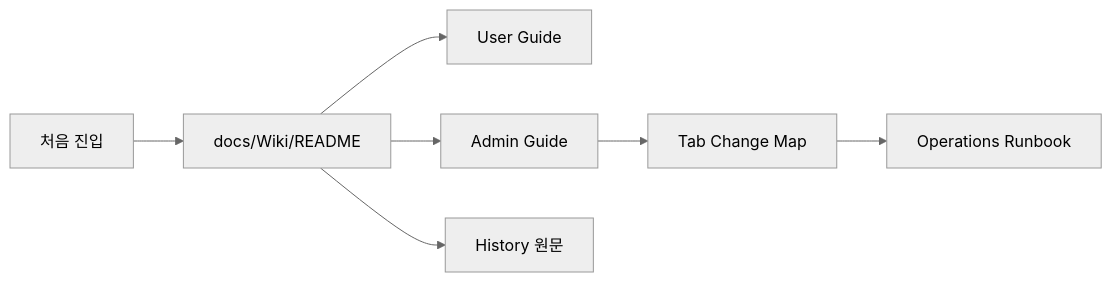
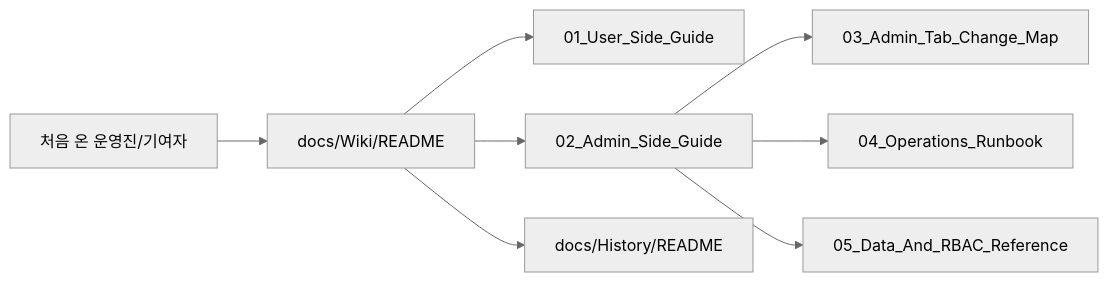
The second of 2 diagrams in README.md (cloud-club/CloudClubAttendanceSystem), drawn with Mermaid (neutral theme) before and after one commit. The commit also changed other lines of this file and 7 other files, not shown here.

````diff
--- a/README.md
+++ b/README.md
@@ -16,9 +16,10 @@
 ```mermaid
 flowchart LR
-  A["처음 진입"] --> B["docs/Wiki/README"]
-  B --> C["User Guide"]
-  B --> D["Admin Guide"]
-  D --> E["Tab Change Map"]
-  E --> F["Operations Runbook"]
-  B --> G["History 원문"]
+  A["처음 온 운영진/기여자"] --> B["docs/Wiki/README"]
+  B --> C["01_User_Side_Guide"]
+  B --> D["02_Admin_Side_Guide"]
+  D --> E["03_Admin_Tab_Change_Map"]
+  D --> F["04_Operations_Runbook"]
+  D --> G["05_Data_And_RBAC_Reference"]
+  B --> H["docs/History/README"]
 ```
````
